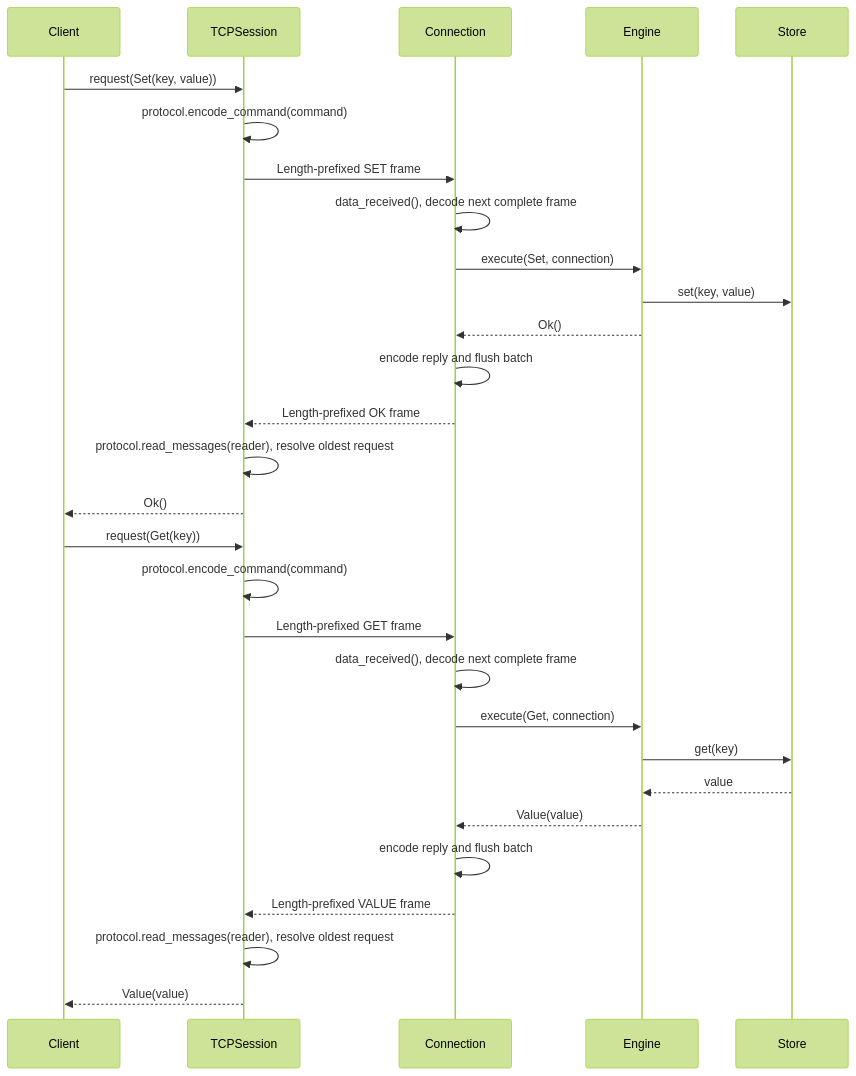
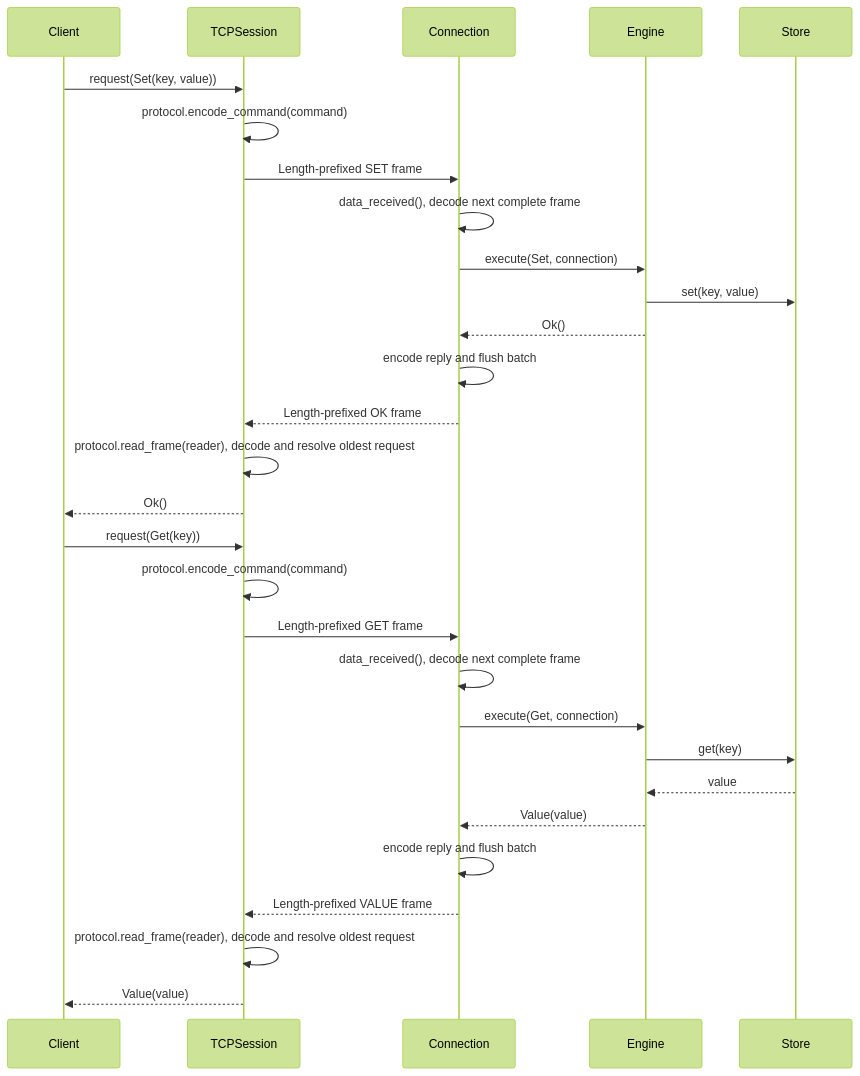
The second of 5 diagrams in README.md (gchape/velis), drawn with Mermaid (forest theme) before and after one commit. The commit also changed other lines of this file and 16 other files, not shown here.

First line of the commit message:
refactor(net): declare wire schemas and simplify asyncio transport handling

````diff
--- a/README.md
+++ b/README.md
@@ -160,33 +160,33 @@
 ```mermaid
 sequenceDiagram
     participant C as Client
     participant T as TCPSession
     participant S as Connection
     participant E as Engine
     participant K as Store
 
     C->>T: request(Set(key, value))
     T->>T: protocol.encode_command(command)
     T->>S: Length-prefixed SET frame
     S->>S: data_received(), decode next complete frame
     S->>E: execute(Set, connection)
     E->>K: set(key, value)
     E-->>S: Ok()
     S->>S: encode reply and flush batch
     S-->>T: Length-prefixed OK frame
-    T->>T: protocol.read_messages(reader), resolve oldest request
+    T->>T: protocol.read_frame(reader), decode and resolve oldest request
     T-->>C: Ok()
 
     C->>T: request(Get(key))
     T->>T: protocol.encode_command(command)
     T->>S: Length-prefixed GET frame
     S->>S: data_received(), decode next complete frame
     S->>E: execute(Get, connection)
     E->>K: get(key)
     K-->>E: value
     E-->>S: Value(value)
     S->>S: encode reply and flush batch
     S-->>T: Length-prefixed VALUE frame
-    T->>T: protocol.read_messages(reader), resolve oldest request
+    T->>T: protocol.read_frame(reader), decode and resolve oldest request
     T-->>C: Value(value)
 ```
````
